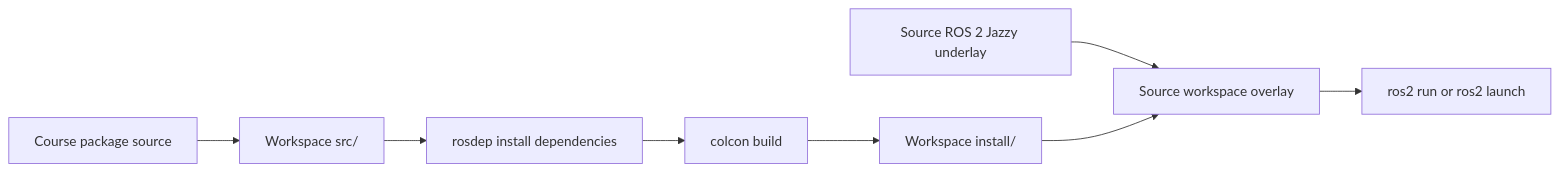
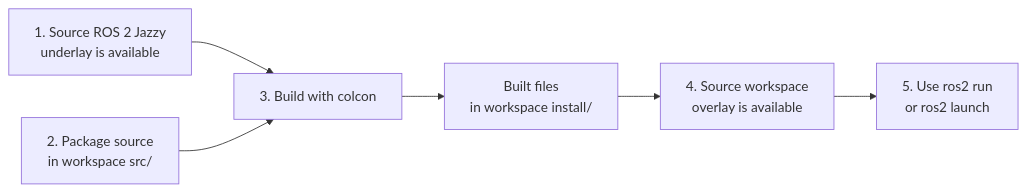
The diagram in lab01_ros2_gazebo_fundamentals/ros2_fundamentals_part2.md (hoanbklucky/eel4332-autonomous-vehicle-labs), drawn with Mermaid before and after one commit. The commit also changed other lines of this file, not shown here.

Commit message:
Clarify explanations of ROS 2 workspace concepts and update command breakdowns in Part 2 guide

````diff
--- a/lab01_ros2_gazebo_fundamentals/ros2_fundamentals_part2.md
+++ b/lab01_ros2_gazebo_fundamentals/ros2_fundamentals_part2.md
@@ -25,10 +59,8 @@
 ```mermaid
 flowchart LR
-    package_source["Course package source"] --> workspace_src["Workspace src/"]
-    workspace_src --> rosdep_step["rosdep install dependencies"]
-    rosdep_step --> colcon_step["colcon build"]
-    colcon_step --> install_tree["Workspace install/"]
-    base_underlay["Source ROS 2 Jazzy underlay"] --> workspace_overlay["Source workspace overlay"]
-    install_tree --> workspace_overlay
-    workspace_overlay --> ros_command["ros2 run or ros2 launch"]
+    base_underlay["1. Source ROS 2 Jazzy<br/>underlay is available"] --> colcon_step
+    package_source["2. Package source<br/>in workspace src/"] --> colcon_step["3. Build with colcon"]
+    colcon_step --> install_tree["Built files<br/>in workspace install/"]
+    install_tree --> workspace_overlay["4. Source workspace<br/>overlay is available"]
+    workspace_overlay --> ros_command["5. Use ros2 run<br/>or ros2 launch"]
 ```
````
